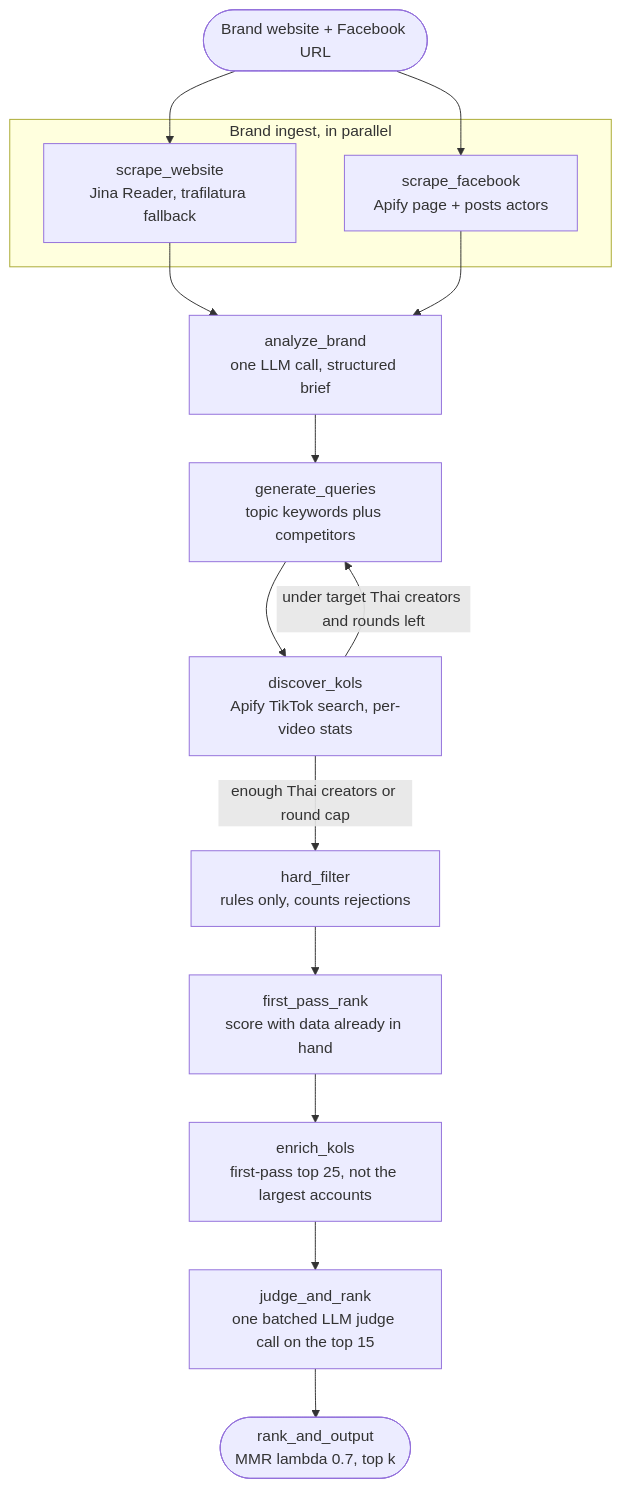
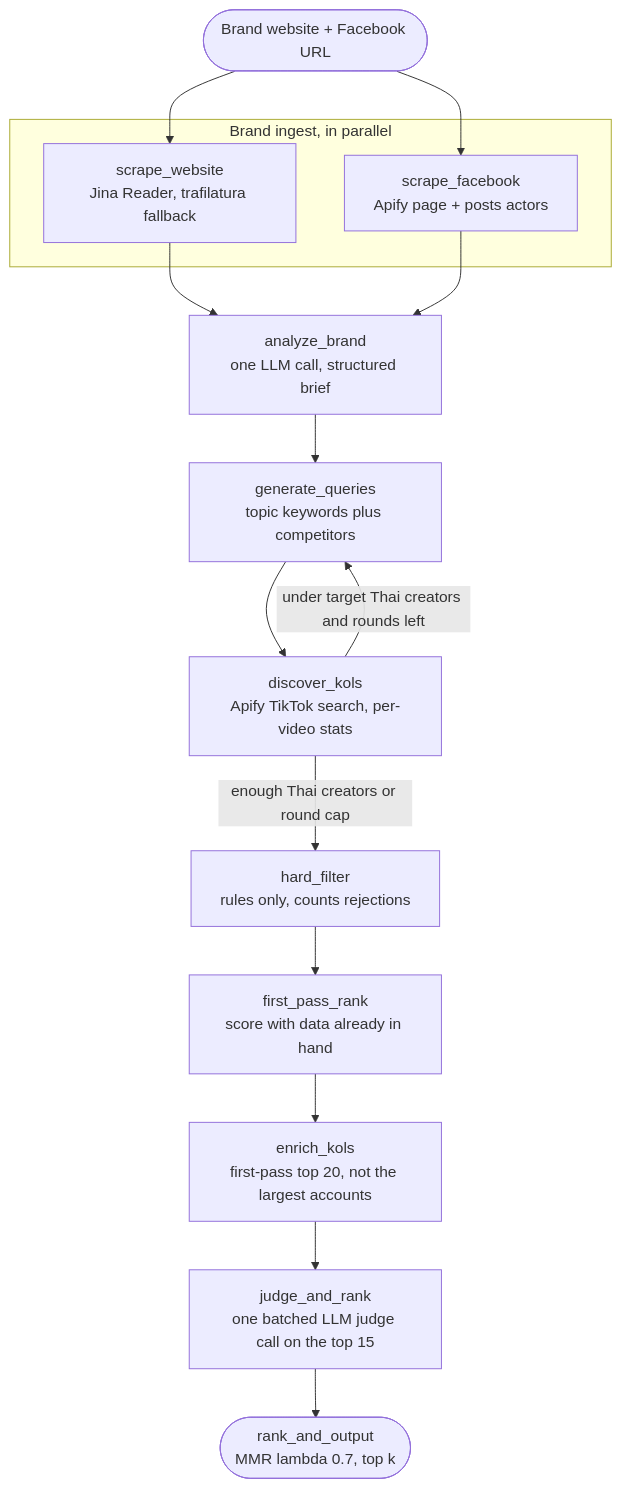
One commit to Jamessurapat26/tiktok-kol-matcher changed the first of 2 diagrams in README.md. Above: the diagram before and after it, drawn with Mermaid. The commit also changed other lines of this file and 2 other files, not shown here.

````diff
--- a/README.md
+++ b/README.md
@@ -205,21 +206,21 @@
 ```mermaid
 flowchart TD
     REQ([Brand website + Facebook URL]) --> W
     REQ --> F
 
     subgraph ingest [Brand ingest, in parallel]
         W["scrape_website<br/>Jina Reader, trafilatura fallback"]
         F["scrape_facebook<br/>Apify page + posts actors"]
     end
 
     W --> A["analyze_brand<br/>one LLM call, structured brief"]
     F --> A
     A --> Q["generate_queries<br/>topic keywords plus competitors"]
     Q --> D["discover_kols<br/>Apify TikTok search, per-video stats"]
     D -->|"under target Thai creators and rounds left"| Q
     D -->|"enough Thai creators or round cap"| HF["hard_filter<br/>rules only, counts rejections"]
     HF --> FP["first_pass_rank<br/>score with data already in hand"]
-    FP --> E["enrich_kols<br/>first-pass top 25, not the largest accounts"]
+    FP --> E["enrich_kols<br/>first-pass top 20, not the largest accounts"]
     E --> J["judge_and_rank<br/>one batched LLM judge call on the top 15"]
     J --> O(["rank_and_output<br/>MMR lambda 0.7, top k"])
 ```
````
